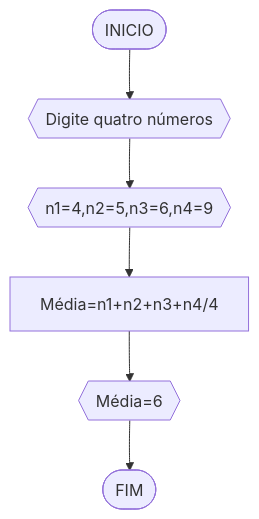
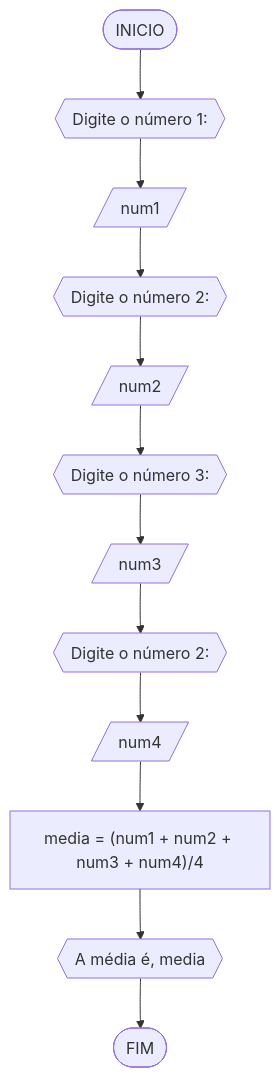
Before and after one commit to pedrotomezin/unifor: the second of 5 diagrams in RLA/Unidade1/lista2.md, drawn with Mermaid. The commit also changed other lines of this file, not shown here.

````diff
--- a/RLA/Unidade1/lista2.md
+++ b/RLA/Unidade1/lista2.md
@@ -57,8 +57,14 @@
 ```mermaid
 flowchart TD
-A([INICIO]) --> B{{Digite quatro números}}
-B --> C{{n1=4,n2=5,n3=6,n4=9}}
-C --> D[Média=n1+n2+n3+n4/4]
-D --> E{{Média=6}}
-E -->F([FIM])
+A([INICIO]) --> B{{"Digite o número 1:"}}
+B --> C[/num1/]
+C --> D{{"Digite o número 2:"}}
+D --> E[/num2/]
+E --> F{{"Digite o número 3:"}}
+F --> G[/num3/]
+G --> H{{"Digite o número 2:"}}
+H --> I[/num4/]
+I --> J["media = (num1 + num2 + num3 + num4)/4"]
+J --> K{{A média é, media}}
+K --> L([FIM]) 
 ```
````
